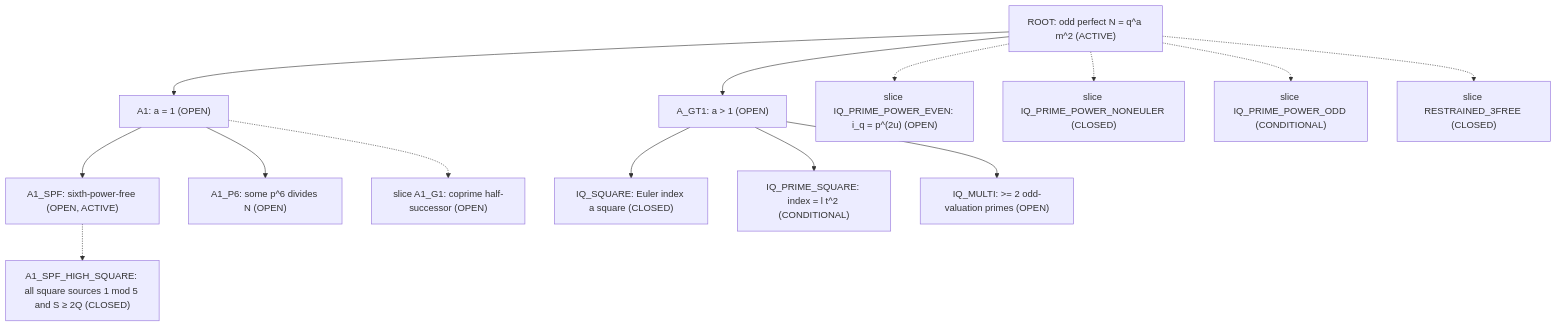
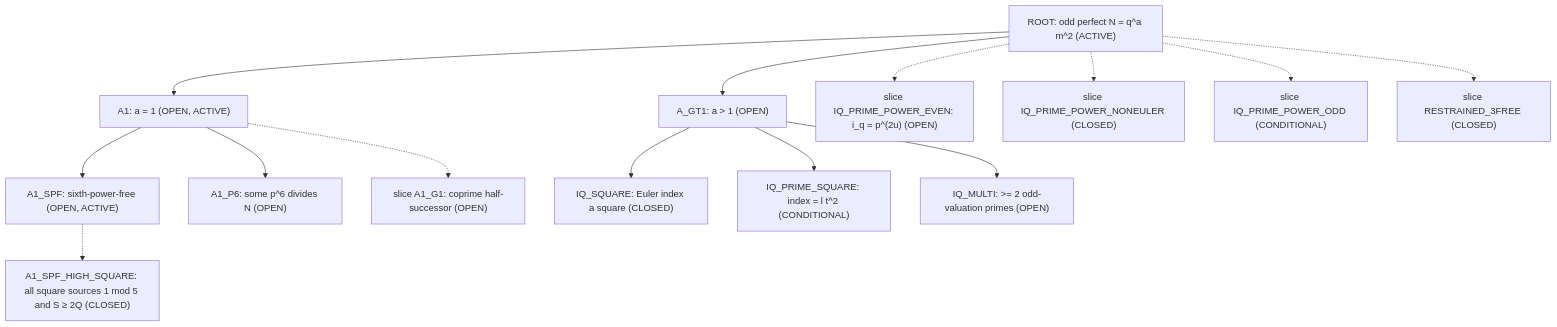
One commit to Rob1Ham/odd_perfect_number changed the diagram in research/BRANCH_MAP.md. Above: the diagram before and after it, drawn with Mermaid. The commit also changed other lines of this file and 13 other files, not shown here.

````diff
--- a/research/BRANCH_MAP.md
+++ b/research/BRANCH_MAP.md
@@ -21,16 +22,16 @@
 ```mermaid
 flowchart TD
-  ROOT["ROOT: odd perfect N = q^a m^2 (ACTIVE)"] --> A1["A1: a = 1 (OPEN)"]
+  ROOT["ROOT: odd perfect N = q^a m^2 (ACTIVE)"] --> A1["A1: a = 1 (OPEN, ACTIVE)"]
   ROOT --> AG["A_GT1: a > 1 (OPEN)"]
   A1 --> SPF["A1_SPF: sixth-power-free (OPEN, ACTIVE)"]
   SPF -.-> HS["A1_SPF_HIGH_SQUARE: all square sources 1 mod 5 and S ≥ 2Q (CLOSED)"]
   A1 --> P6["A1_P6: some p^6 divides N (OPEN)"]
   AG --> SQ["IQ_SQUARE: Euler index a square (CLOSED)"]
   AG --> PS["IQ_PRIME_SQUARE: index = l t^2 (CONDITIONAL)"]
   AG --> MU["IQ_MULTI: >= 2 odd-valuation primes (OPEN)"]
   A1 -.-> G1["slice A1_G1: coprime half-successor (OPEN)"]
   ROOT -.-> PPE["slice IQ_PRIME_POWER_EVEN: i_q = p^(2u) (OPEN)"]
   ROOT -.-> PPN["slice IQ_PRIME_POWER_NONEULER (CLOSED)"]
   ROOT -.-> PPO["slice IQ_PRIME_POWER_ODD (CONDITIONAL)"]
   ROOT -.-> R3["slice RESTRAINED_3FREE (CLOSED)"]
 ```
````
